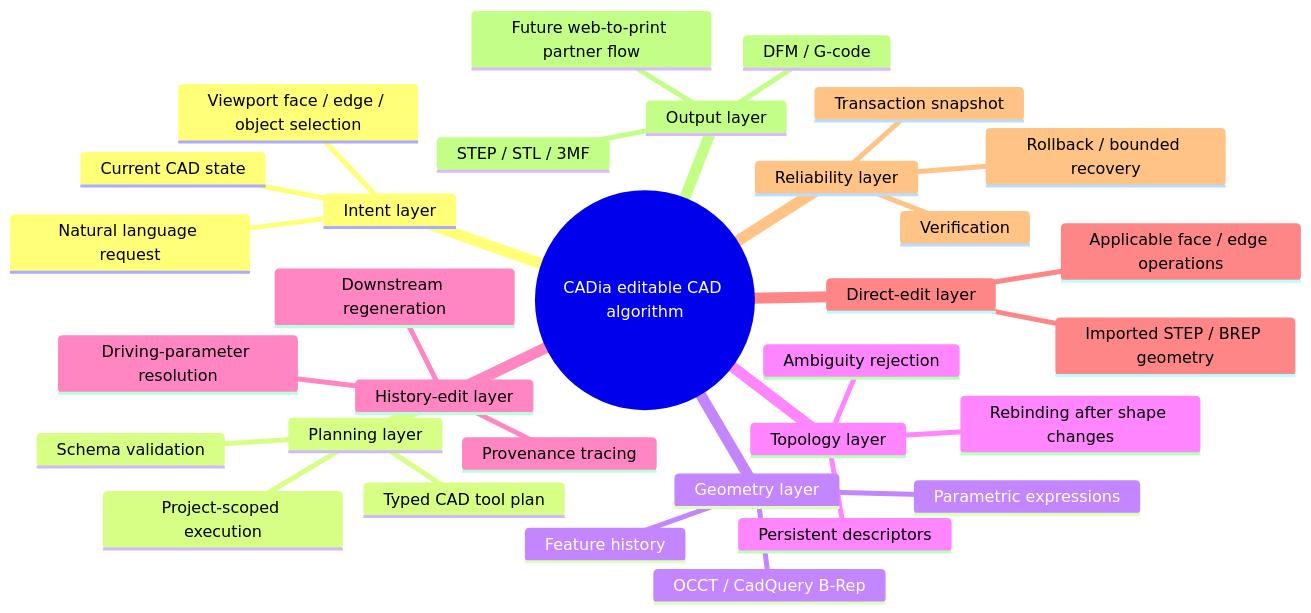
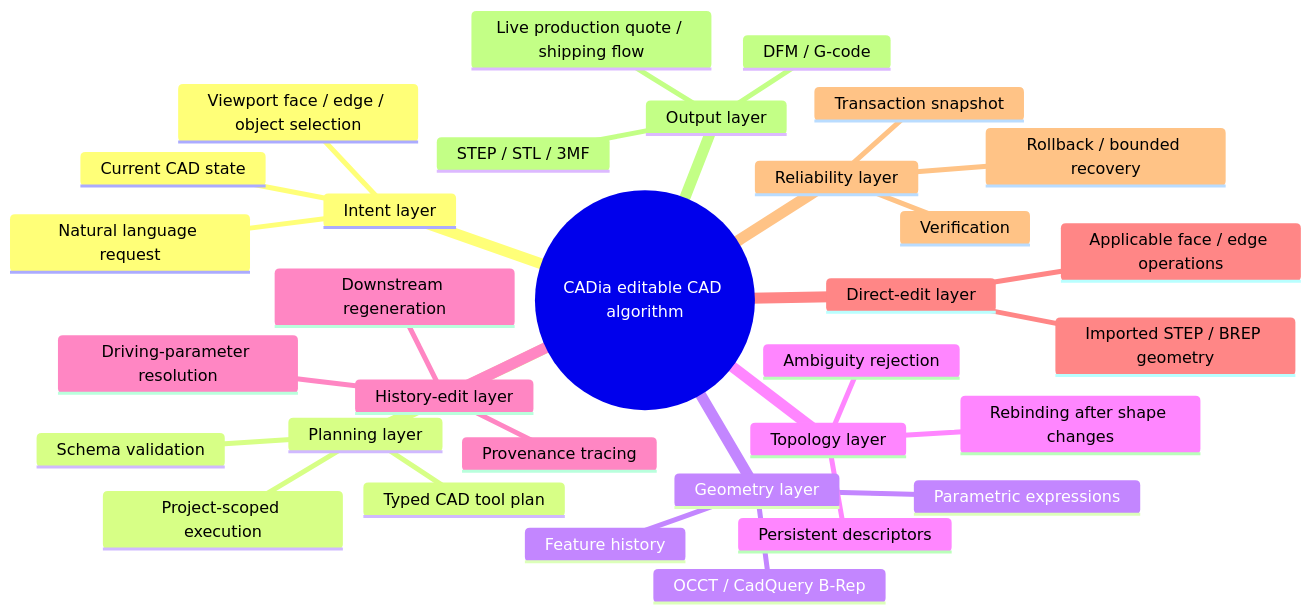
Before and after one commit to CADname/CADia: the second of 2 diagrams in README.md, drawn with Mermaid. The commit also changed other lines of this file and 10 other files, not shown here.

Commit message:
Add Print & Ship production fulfillment

````diff
--- a/README.md
+++ b/README.md
@@ -196,35 +197,35 @@
 ```mermaid
 mindmap
   root((CADia editable CAD algorithm))
     Intent layer
       Natural language request
       Viewport face / edge / object selection
       Current CAD state
     Planning layer
       Typed CAD tool plan
       Schema validation
       Project-scoped execution
     Geometry layer
       OCCT / CadQuery B-Rep
       Feature history
       Parametric expressions
     Topology layer
       Persistent descriptors
       Rebinding after shape changes
       Ambiguity rejection
     History-edit layer
       Provenance tracing
       Driving-parameter resolution
       Downstream regeneration
     Direct-edit layer
       Imported STEP / BREP geometry
       Applicable face / edge operations
     Reliability layer
       Transaction snapshot
       Verification
       Rollback / bounded recovery
     Output layer
       STEP / STL / 3MF
       DFM / G-code
-      Future web-to-print partner flow
+      Live production quote / shipping flow
 ```
````
